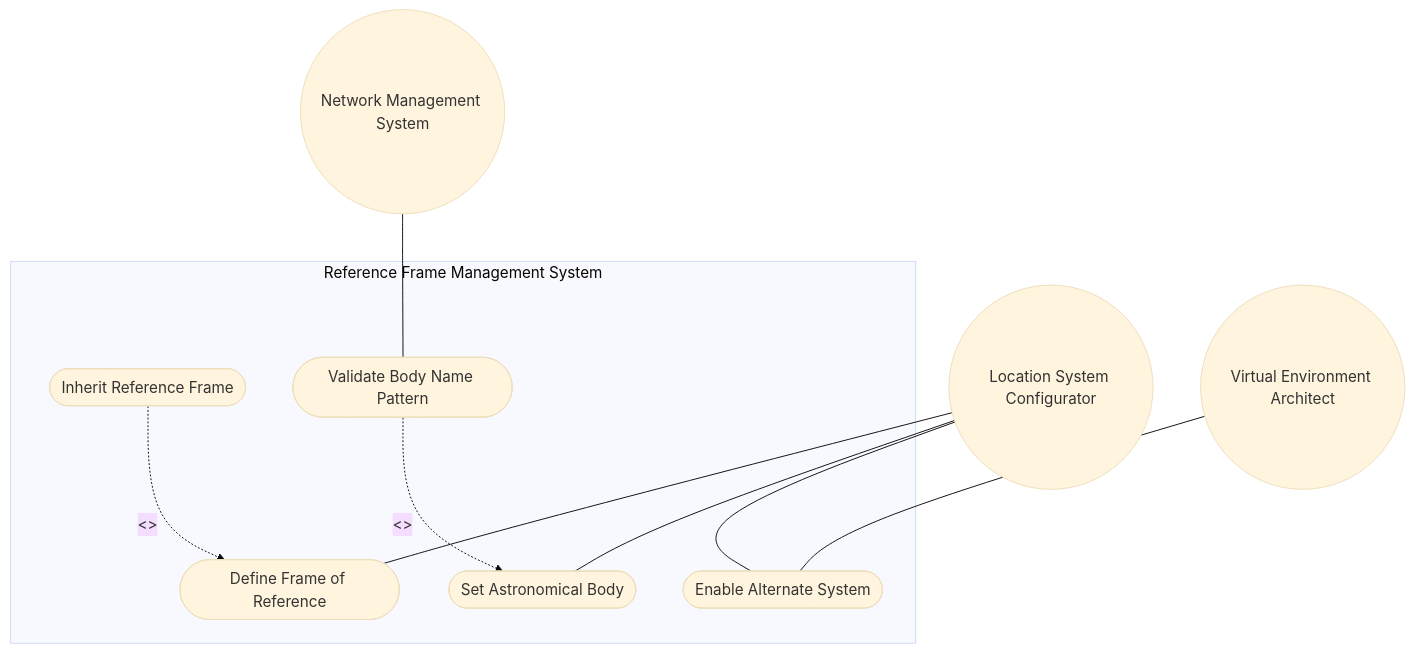
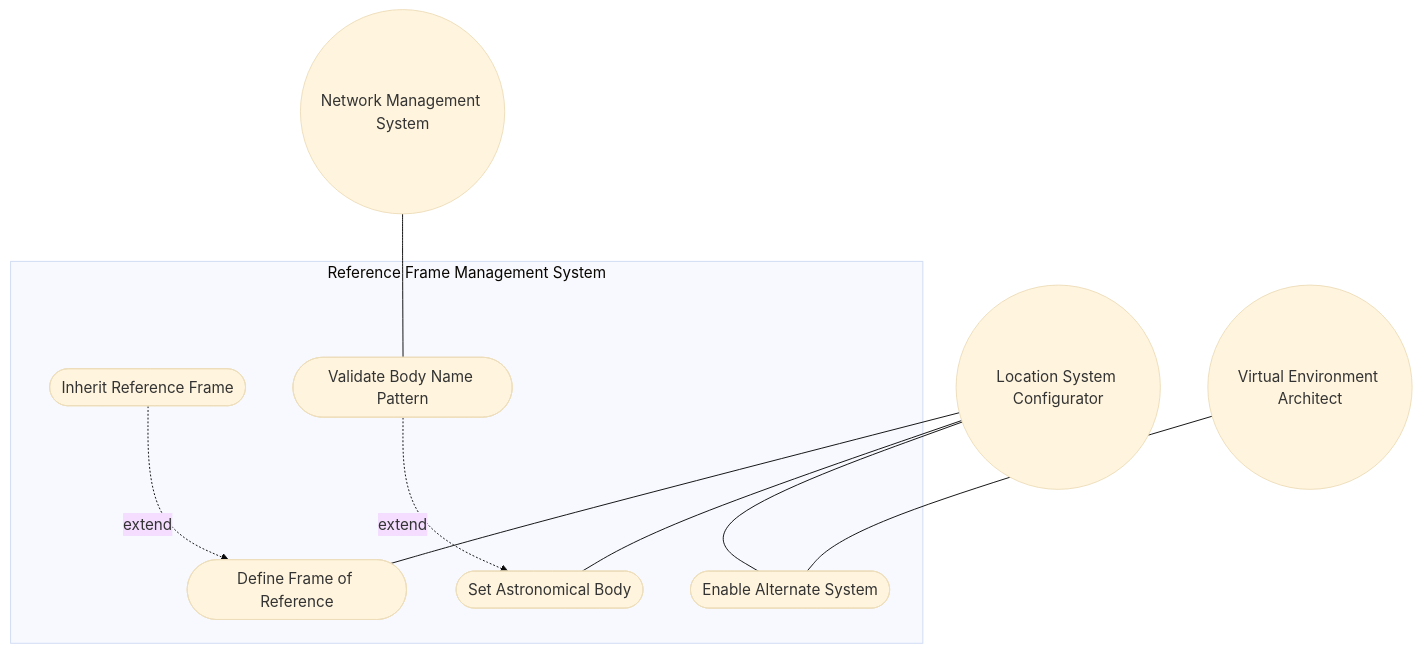
The first of 2 diagrams in docs/use-cases/uc-07-reference-frame-definition.md (gintatkinson/3dgs-030), drawn with Mermaid (base theme) before and after one commit. The commit also changed 17 other files, not shown here.

Commit message:
docs: fix Mermaid UML rendering in all 18 use cases -- remove <<include>>/<<extend>> angle brackets causing GitHub renderer failure

````diff
--- a/docs/use-cases/uc-07-reference-frame-definition.md
+++ b/docs/use-cases/uc-07-reference-frame-definition.md
@@ -96,17 +96,17 @@
 ```mermaid
 graph TD
     subgraph System["Reference Frame Management System"]
         UC01([Define Frame of Reference])
         UC02([Set Astronomical Body])
         UC03([Enable Alternate System])
         UC04([Inherit Reference Frame])
         UC05([Validate Body Name Pattern])
     end
     Configurator((Location System Configurator)) --- UC01
     Configurator --- UC02
     Configurator --- UC03
-    UC04 -. "<<extend>>" .-> UC01
-    UC05 -. "<<extend>>" .-> UC02
+    UC04 -. "extend" .-> UC01
+    UC05 -. "extend" .-> UC02
     VirtArch((Virtual Environment Architect)) --- UC03
     NMS((Network Management System)) --- UC05
 ```
````
